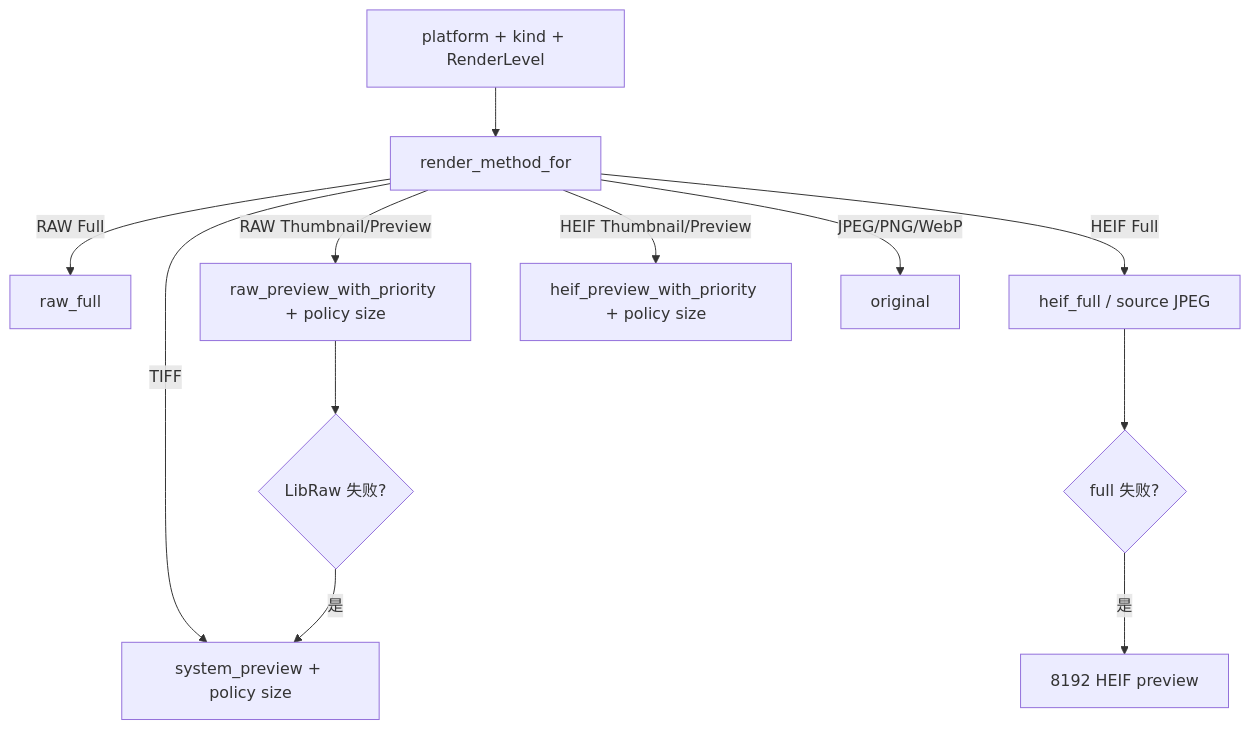
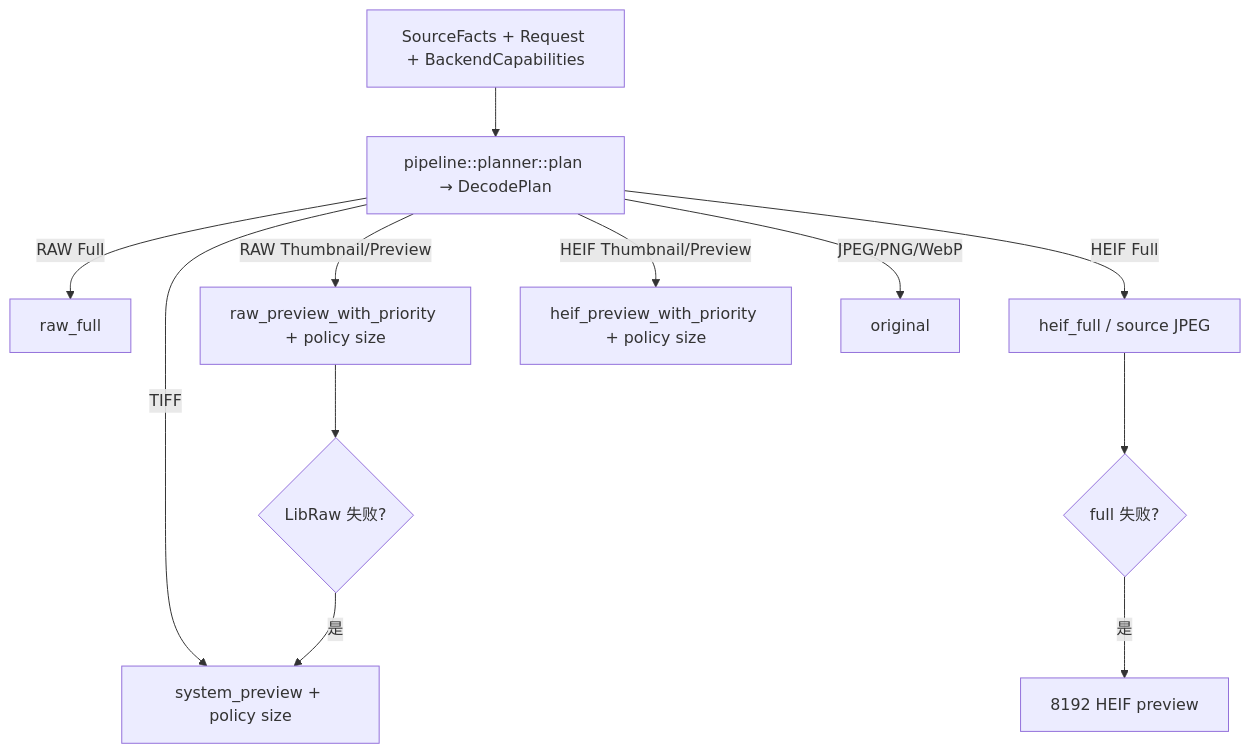
The third of 3 diagrams in docs/architecture/03-preview-pipeline.md (oxygenkun/oxyviewer), drawn with Mermaid before and after one commit. The commit also changed other lines of this file and 6 other files, not shown here.

First line of the commit message:
refactor(media): introduce fact-based decode planner

````diff
--- a/docs/architecture/03-preview-pipeline.md
+++ b/docs/architecture/03-preview-pipeline.md
@@ -176,14 +177,14 @@
 ```mermaid
 flowchart TD
-    request["platform + kind + RenderLevel"] --> policy["render_method_for"]
+    request["SourceFacts + Request + BackendCapabilities"] --> policy["pipeline::planner::plan → DecodePlan"]
     policy -->|RAW Full| rawFull["raw_full"]
     policy -->|RAW Thumbnail/Preview| rawPreview["raw_preview_with_priority + policy size"]
     policy -->|HEIF Full| heifFull["heif_full / source JPEG"]
     policy -->|HEIF Thumbnail/Preview| heifPreview["heif_preview_with_priority + policy size"]
     policy -->|TIFF| systemPreview["system_preview + policy size"]
     policy -->|JPEG/PNG/WebP| original["original"]
     rawPreview --> rawFallback{LibRaw 失败?}
     rawFallback -->|是| systemPreview
     heifFull --> heifFallback{full 失败?}
     heifFallback -->|是| heif8192["8192 HEIF preview"]
 ```
````
